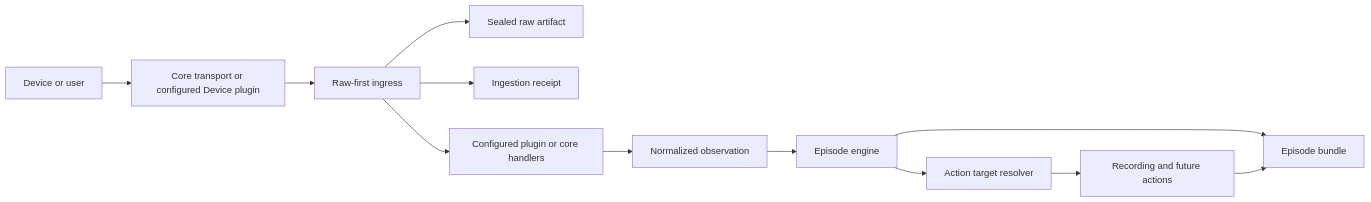
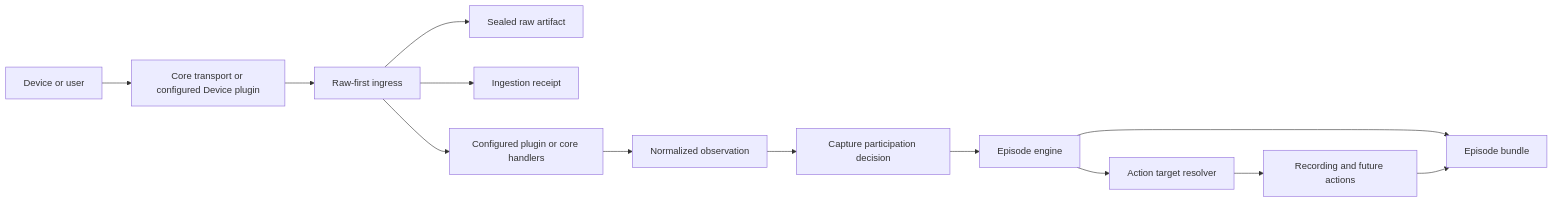
One commit to OpenEpisode/episode changed the diagram in docs/ARCHITECTURE.md. Above: the diagram before and after it, drawn with Mermaid. The commit also changed other lines of this file and 46 other files, not shown here.

Commit message:
feat: add capture profiles and Episode-start notifications

````diff
--- a/docs/ARCHITECTURE.md
+++ b/docs/ARCHITECTURE.md
@@ -10,14 +10,15 @@
 ```mermaid
 flowchart LR
     Device[Device or user] --> Transport[Core transport or configured Device plugin]
     Transport --> Ingress[Raw-first ingress]
     Ingress --> Artifact[Sealed raw artifact]
     Ingress --> Receipt[Ingestion receipt]
     Ingress --> Router[Configured plugin or core handlers]
     Router --> Canonical[Normalized observation]
-    Canonical --> Engine[Episode engine]
+    Canonical --> Participation[Capture participation decision]
+    Participation --> Engine[Episode engine]
     Engine --> Bundle[Episode bundle]
     Engine --> Targets[Action target resolver]
     Targets --> Action[Recording and future actions]
     Action --> Bundle
 ```
````
